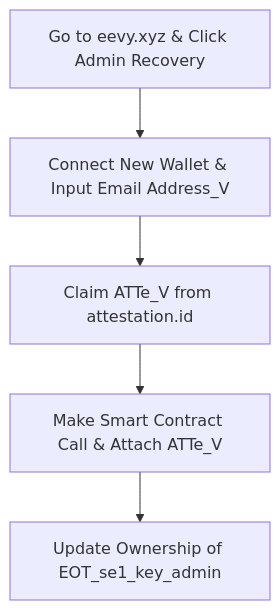
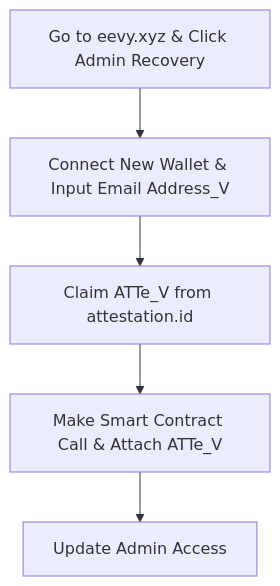
The tenth of 10 diagrams in FLOWS.md (AlphaWallet/EEVY), drawn with Mermaid before and after one commit. The commit also changed other lines of this file and 1 other file, not shown here.

Commit message:
updated flow to remove EOT token for now

````diff
--- a/FLOWS.md
+++ b/FLOWS.md
@@ -137,12 +135,12 @@
 ```mermaid
 graph TB
   A[Go to eevy.xyz & Click Admin Recovery]
   B[Connect New Wallet & Input Email Address_V]
   C[Claim ATTe_V from attestation.id]
   D[Make Smart Contract Call & Attach ATTe_V]
-  E[Update Ownership of EOT_se1_key_admin]
+  E[Update Admin Access]
   A --> B
   B --> C
   C --> D
   D --> E
 ```
````
